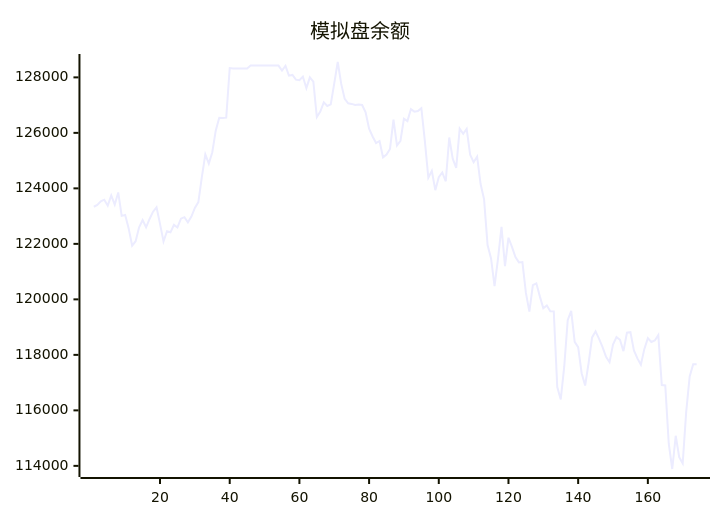
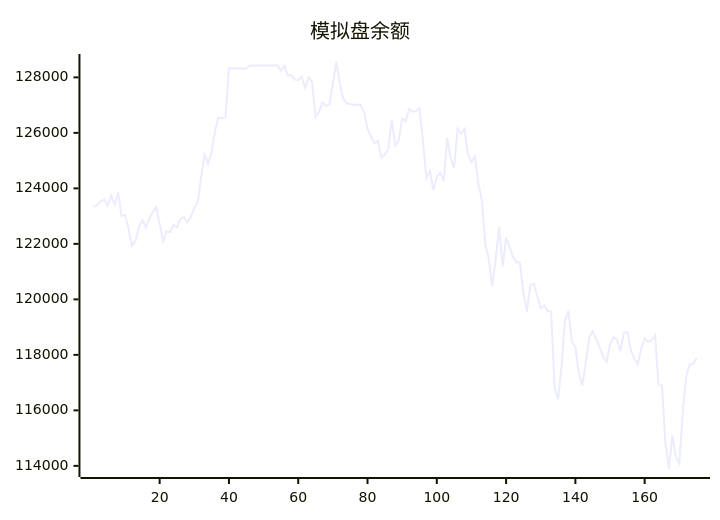
One commit to aahl/ai-trading changed the diagram in README.md. Above: the diagram before and after it, drawn with Mermaid. The commit also changed other lines of this file and 1 other file, not shown here.

````diff
--- a/README.md
+++ b/README.md
@@ -5,5 +5,5 @@
 ```mermaid
 xychart
     title "模拟盘余额"
-    line [123338,123402,123530,123592,123378,123745,123413,123853,123009,123040,122557,121938,122095,122599,122856,122597,122898,123160,123319,122719,122087,122454,122416,122685,122592,122907,122961,122776,122981,123295,123507,124403,125224,124894,125303,126088,126544,126534,126549,128335,128318,128318,128318,128318,128318,128424,128424,128424,128424,128424,128424,128424,128424,128424,128247,128412,128062,128087,127917,127901,128026,127611,128000,127850,126572,126770,127100,126971,127029,127783,128554,127765,127224,127064,127044,127009,127025,127004,126738,126152,125871,125635,125707,125117,125217,125420,126480,125545,125715,126511,126424,126856,126764,126788,126890,125710,124381,124632,123936,124402,124574,124256,125833,125070,124739,126154,125966,126145,125213,124943,125143,124157,123604,121959,121476,120476,121470,122610,121201,122221,121889,121522,121332,121344,120232,119559,120513,120577,120108,119680,119777,119572,119568,116839,116392,117573,119250,119585,118469,118277,117338,116897,117706,118628,118849,118579,118280,117926,117735,118373,118639,118544,118136,118798,118819,118162,117874,117649,118215,118601,118463,118517,118713,116911,116899,114798,113887,115084,114313,114091,115934,117221,117658,117658]
+    line [123338,123402,123530,123592,123378,123745,123413,123853,123009,123040,122557,121938,122095,122599,122856,122597,122898,123160,123319,122719,122087,122454,122416,122685,122592,122907,122961,122776,122981,123295,123507,124403,125224,124894,125303,126088,126544,126534,126549,128335,128318,128318,128318,128318,128318,128424,128424,128424,128424,128424,128424,128424,128424,128424,128247,128412,128062,128087,127917,127901,128026,127611,128000,127850,126572,126770,127100,126971,127029,127783,128554,127765,127224,127064,127044,127009,127025,127004,126738,126152,125871,125635,125707,125117,125217,125420,126480,125545,125715,126511,126424,126856,126764,126788,126890,125710,124381,124632,123936,124402,124574,124256,125833,125070,124739,126154,125966,126145,125213,124943,125143,124157,123604,121959,121476,120476,121470,122610,121201,122221,121889,121522,121332,121344,120232,119559,120513,120577,120108,119680,119777,119572,119568,116839,116392,117573,119250,119585,118469,118277,117338,116897,117706,118628,118849,118579,118280,117926,117735,118373,118639,118544,118136,118798,118819,118162,117874,117649,118215,118601,118463,118517,118713,116911,116899,114798,113887,115084,114313,114091,115934,117221,117658,117658,117883]
 ```
````
